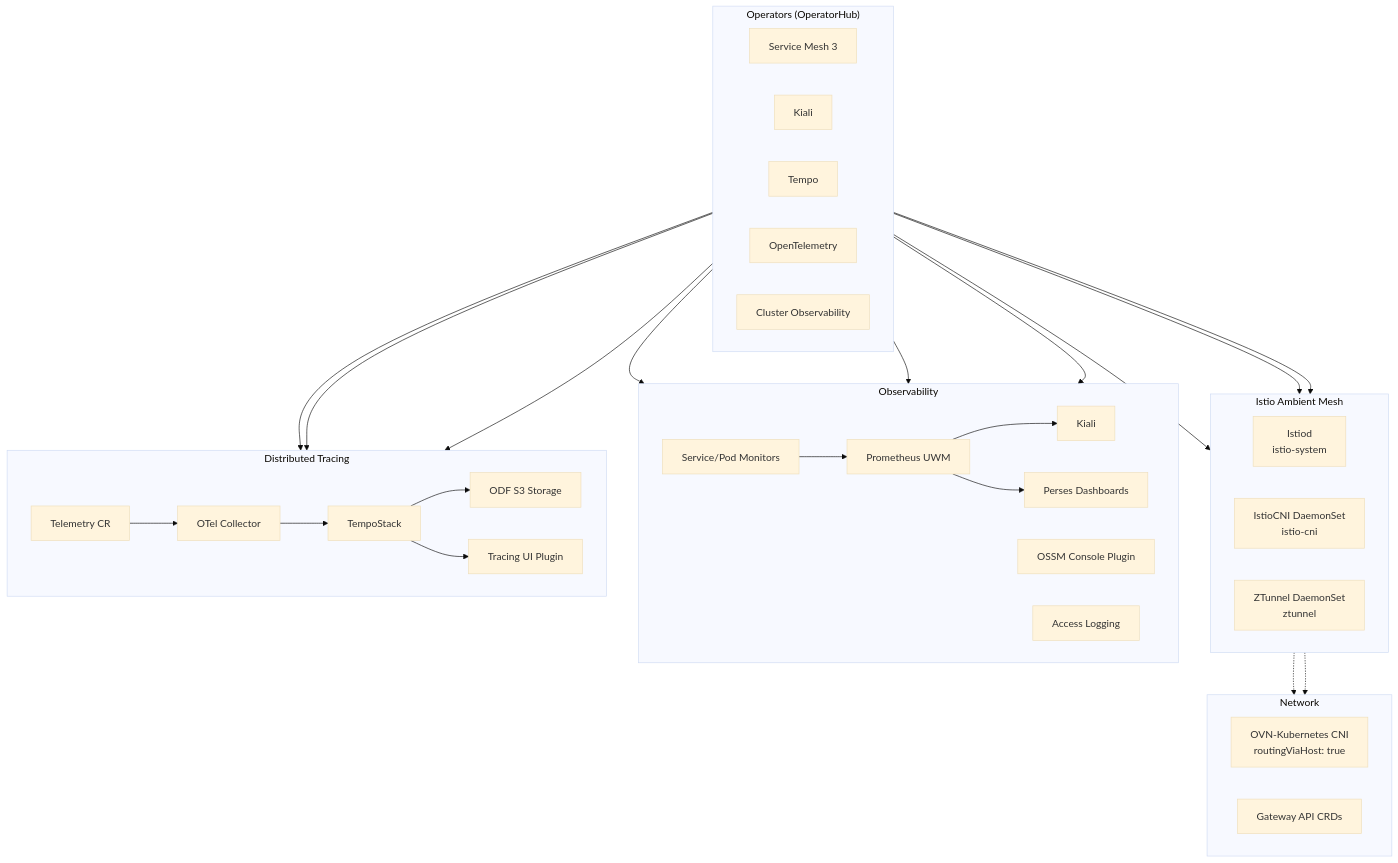
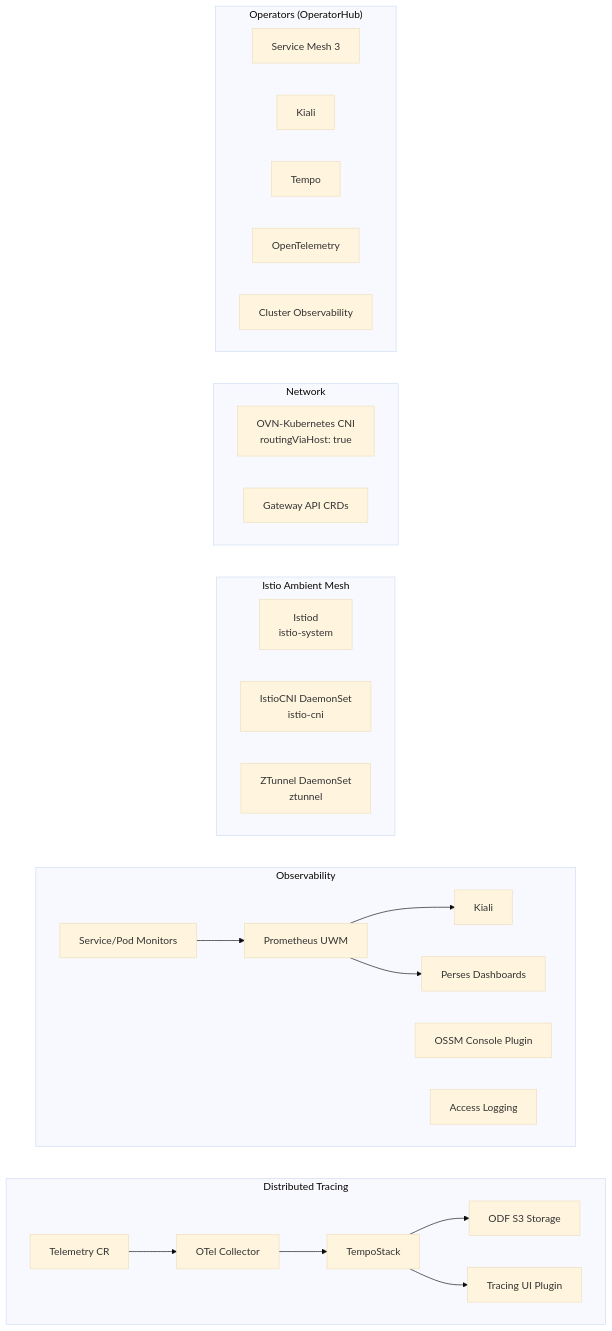
The diagram in INSTALLATION.md (nikolaus-lemberski/servicemesh-3-demo), drawn with Mermaid (base theme) before and after one commit.

Commit message:
diagram layout

````diff
--- a/INSTALLATION.md
+++ b/INSTALLATION.md
@@ -5,52 +5,45 @@
 ```mermaid
 graph TD
     subgraph operators["Operators (OperatorHub)"]
         direction LR
         OSSM3["Service Mesh 3"]
         KialiOp["Kiali"]
         TempoOp["Tempo"]
         OTelOp["OpenTelemetry"]
         COO["Cluster Observability"]
     end
 
     subgraph platform["Network"]
         direction LR
         OVN["OVN-Kubernetes CNI<br/>routingViaHost: true"]
         GWAPI["Gateway API CRDs"]
     end
 
     subgraph mesh["Istio Ambient Mesh"]
         direction LR
         Istiod["Istiod<br/>istio-system"]
         IstioCNI["IstioCNI DaemonSet<br/>istio-cni"]
         ZTunnel["ZTunnel DaemonSet<br/>ztunnel"]
     end
 
     subgraph observability["Observability"]
         direction LR
         Monitors["Service/Pod Monitors"] --> Prometheus["Prometheus UWM"]
         Prometheus --> Kiali["Kiali"]
         Prometheus --> Perses["Perses Dashboards"]
         OSSMConsole["OSSM Console Plugin"]
         AccessLog["Access Logging"]
     end
 
     subgraph tracing["Distributed Tracing"]
         direction LR
         Telemetry["Telemetry CR"] --> OTel["OTel Collector"] --> Tempo["TempoStack"]
         Tempo --> S3["ODF S3 Storage"]
         Tempo --> TracingUI["Tracing UI Plugin"]
     end
 
-    OSSM3 --> Istiod
-    OSSM3 --> IstioCNI
-    OSSM3 --> ZTunnel
-    Istiod -.-> GWAPI
-    ZTunnel -.-> OVN
-    KialiOp --> Kiali
-    TempoOp --> Tempo
-    OTelOp --> OTel
-    COO --> Perses
-    COO --> OSSMConsole
-    COO --> TracingUI
+    COO ~~~ OVN
+    GWAPI ~~~ IstioCNI
+    ZTunnel ~~~ Monitors
+    AccessLog ~~~ Telemetry
 ```
````
